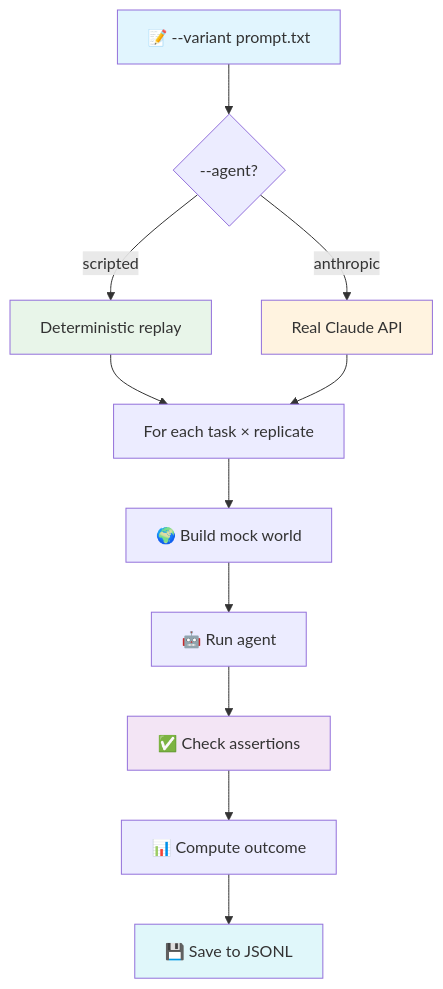
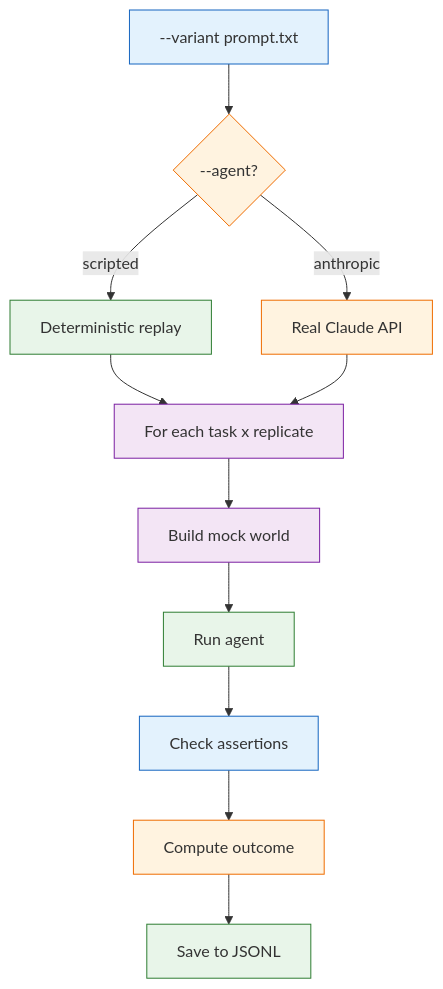
The second of 11 diagrams in README.md (Mehul-bisht-0/Driftbench--AI-regression-testing-harness), drawn with Mermaid before and after one commit. The commit also changed other lines of this file, not shown here.

````diff
--- a/README.md
+++ b/README.md
@@ -90,19 +86,24 @@
 ```mermaid
 flowchart TD
-    A["📝 --variant prompt.txt"] --> B{"--agent?"}
+    A["--variant prompt.txt"] --> B{"--agent?"}
     B -->|"scripted"| C["Deterministic replay"]
     B -->|"anthropic"| D["Real Claude API"]
-    C --> E["For each task × replicate"]
+    C --> E["For each task x replicate"]
     D --> E
-    E --> F["🌍 Build mock world"]
-    F --> G["🤖 Run agent"]
-    G --> H["✅ Check assertions"]
-    H --> I["📊 Compute outcome"]
-    I --> J["💾 Save to JSONL"]
+    E --> F["Build mock world"]
+    F --> G["Run agent"]
+    G --> H["Check assertions"]
+    H --> I["Compute outcome"]
+    I --> J["Save to JSONL"]
 
-    style A fill:#e1f5fe
-    style C fill:#e8f5e9
-    style D fill:#fff3e0
-    style H fill:#f3e5f5
-    style J fill:#e0f7fa
+    style A fill:#e3f2fd,stroke:#1565c0
+    style B fill:#fff3e0,stroke:#ef6c00
+    style C fill:#e8f5e9,stroke:#2e7d32
+    style D fill:#fff3e0,stroke:#ef6c00
+    style E fill:#f3e5f5,stroke:#7b1fa2
+    style F fill:#f3e5f5,stroke:#7b1fa2
+    style G fill:#e8f5e9,stroke:#2e7d32
+    style H fill:#e3f2fd,stroke:#1565c0
+    style I fill:#fff3e0,stroke:#ef6c00
+    style J fill:#e8f5e9,stroke:#2e7d32
 ```
````
